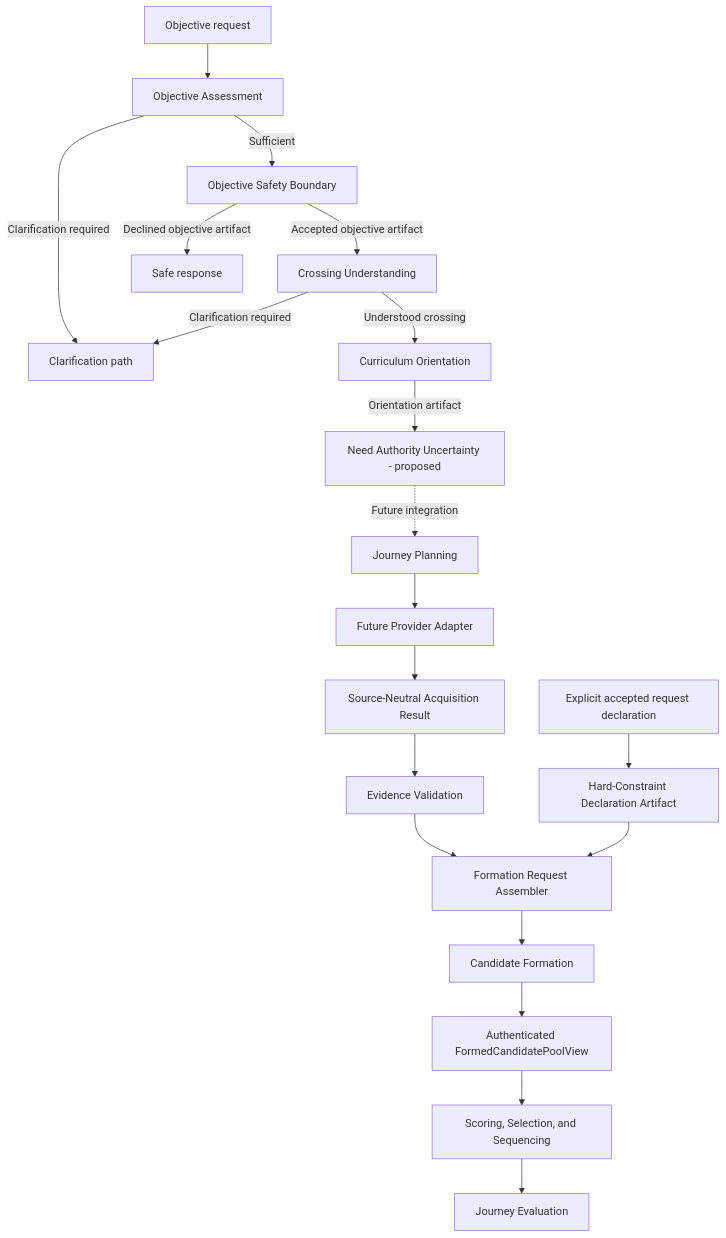
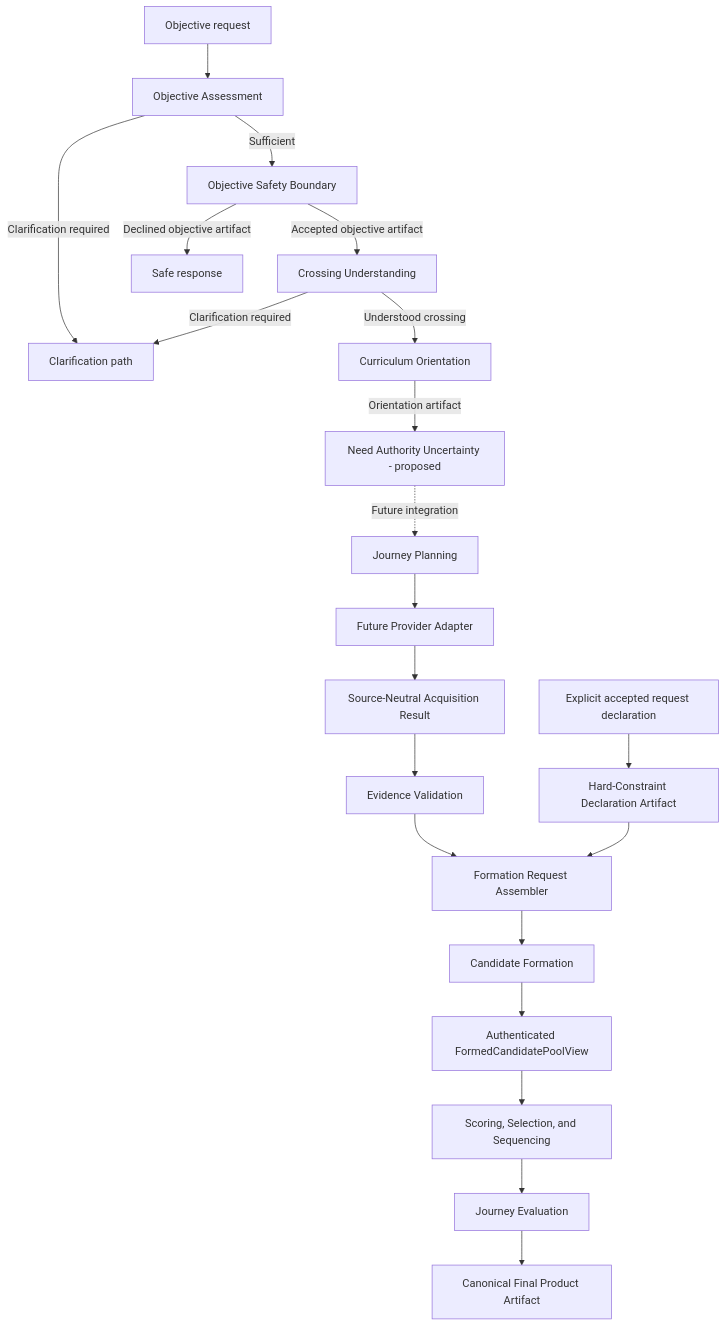
Before and after one commit to kevin7773/PlaylistNarrative: the diagram in docs/architecture.md, drawn with Mermaid. The commit also changed other lines of this file and 7 other files, not shown here.

Commit message:
feat: add canonical final product artifact

````diff
--- a/docs/architecture.md
+++ b/docs/architecture.md
@@ -59,22 +64,23 @@
 ```mermaid
 flowchart TD
     A["Objective request"] --> B["Objective Assessment"]
     B -->|"Clarification required"| C["Clarification path"]
     B -->|"Sufficient"| D["Objective Safety Boundary"]
     D -->|"Accepted objective artifact"| CU["Crossing Understanding"]
     D -->|"Declined objective artifact"| F["Safe response"]
     CU -->|"Understood crossing"| O["Curriculum Orientation"]
     CU -->|"Clarification required"| C
     O -->|"Orientation artifact"| N["Need Authority Uncertainty - proposed"]
     N -.->|"Future integration"| E["Journey Planning"]
     E --> G["Future Provider Adapter"]
     G --> ACQ["Source-Neutral Acquisition Result"]
     ACQ --> V["Evidence Validation"]
     V --> R["Formation Request Assembler"]
     X["Explicit accepted request declaration"] --> Q["Hard-Constraint Declaration Artifact"]
     Q --> R
     R --> J["Candidate Formation"]
     J --> K["Authenticated FormedCandidatePoolView"]
     K --> H["Scoring, Selection, and Sequencing"]
     H --> I["Journey Evaluation"]
+    I --> P["Canonical Final Product Artifact"]
 ```
````
